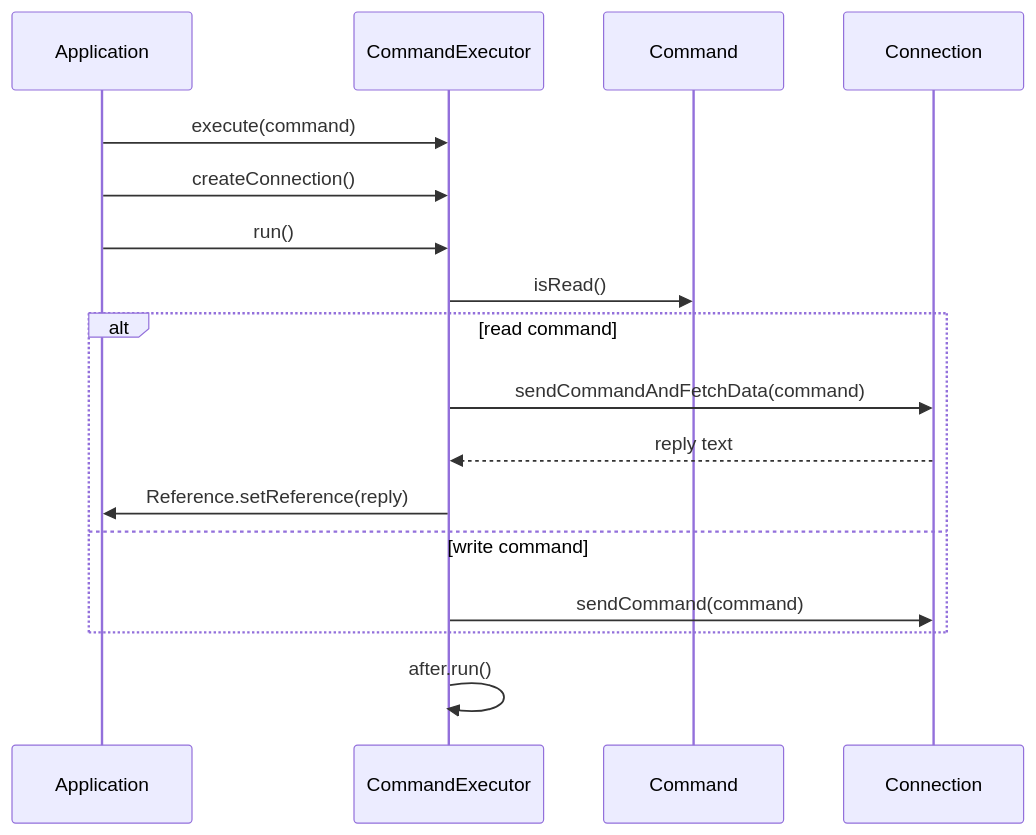
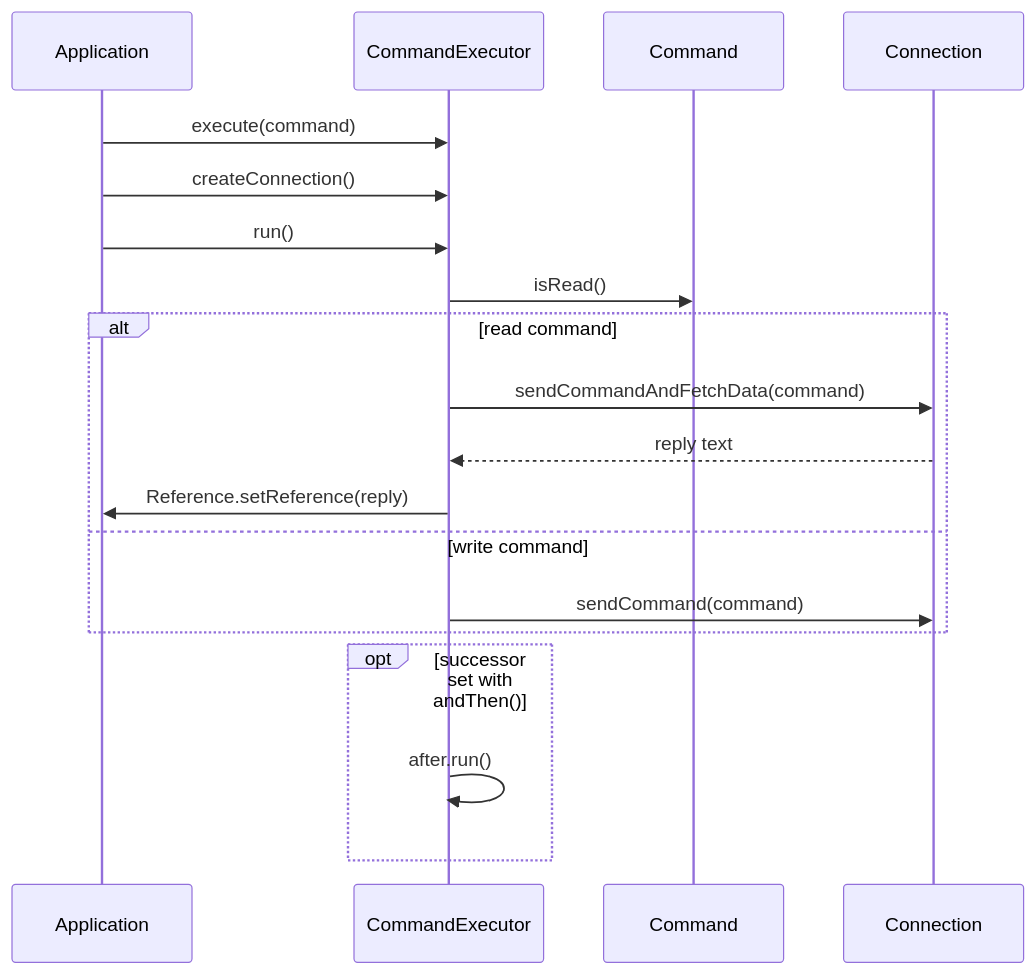
The second of 2 diagrams in docs/commands.md (Bissbert/Tello4J), drawn with Mermaid before and after one commit. The commit also changed other lines of this file and 9 other files, not shown here.

````diff
--- a/docs/commands.md
+++ b/docs/commands.md
@@ -46,20 +46,22 @@
 ```mermaid
 sequenceDiagram
     participant App as Application
     participant Exec as CommandExecutor
     participant Cmd as Command
     participant Conn as Connection
 
     App->>Exec: execute(command)
     App->>Exec: createConnection()
     App->>Exec: run()
     Exec->>Cmd: isRead()
     alt read command
         Exec->>Conn: sendCommandAndFetchData(command)
         Conn-->>Exec: reply text
         Exec->>App: Reference.setReference(reply)
     else write command
         Exec->>Conn: sendCommand(command)
     end
-    Exec->>Exec: after.run()
+    opt successor set with andThen()
+        Exec->>Exec: after.run()
+    end
 ```
````
